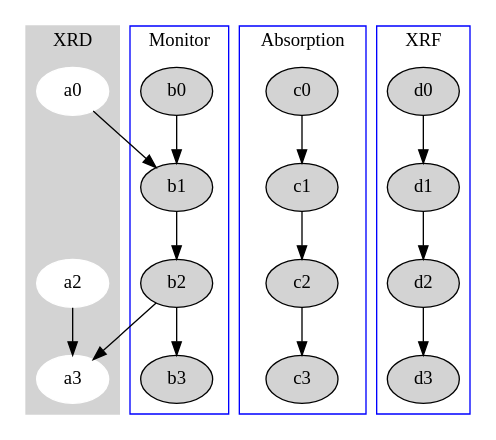
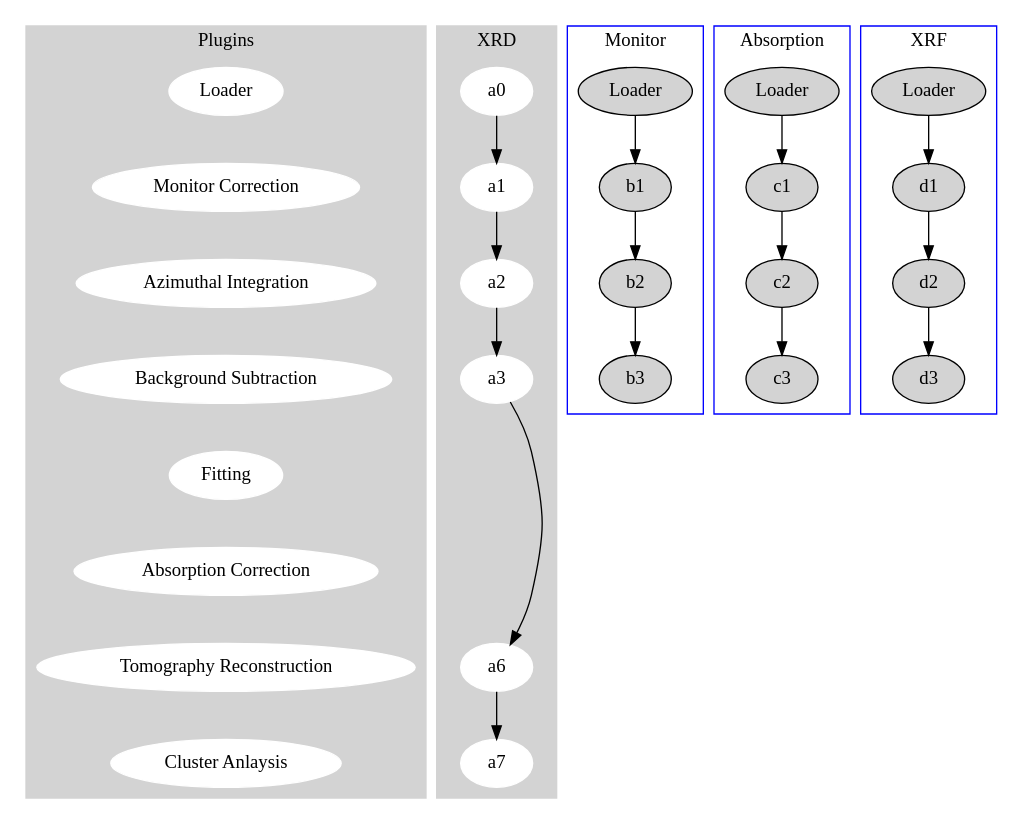
Before and after one commit to markbasham/graphviz_tests: the diagram in test1.dot, drawn with Graphviz.

```diff
--- a/test1.dot
+++ b/test1.dot
@@ -1,41 +1,60 @@
 digraph G {
+
+	subgraph cluster_start {
+		style=filled;
+		color=lightgrey;
+		node [style=filled,color=white];
+                z0 -> z1 -> z2 -> z3 -> z4 -> z5 -> z6 -> z7 [style=invis]         
+		label = "Plugins";
+	}
 
 	subgraph cluster_0 {
 		style=filled;
 		color=lightgrey;
 		node [style=filled,color=white];
-		a0 -> a1 -> a2 [style=invis]
-                a2 -> a3
-                a1 [style=invis];
-                
+                a0 -> a1 -> a2 -> a3
+		a3 -> a4 -> a5 -> a6 [style=invis]
+                a6 -> a7
+                a4 [style=invis];
+                a5 [style=invis];
+                a3 -> a6                
 		label = "XRD";
 	}
 
 	subgraph cluster_1 {
 		node [style=filled];
 		b0 -> b1 -> b2 -> b3;
 		label = "Monitor";
 		color=blue
 	}
 
 	subgraph cluster_2 {
 		node [style=filled];
 		c0 -> c1 -> c2 -> c3;
 		label = "Absorption";
 		color=blue
 	}
 
 	subgraph cluster_3 {
 		node [style=filled];
 		d0 -> d1 -> d2 -> d3;
 		label = "XRF";
 		color=blue
 	}
 
-        a1 [style=invis];
+        z0 [label="Loader"]
+        z1 [label="Monitor Correction"]
+        z2 [label="Azimuthal Integration"]
+        z3 [label="Background Subtraction"]
+        z4 [label="Fitting"]
+        z5 [label="Absorption Correction"]
+        z6 [label="Tomography Reconstruction"]
+        z7 [label="Cluster Anlaysis"]
 
-	a0 -> b1;
-	b2 -> a3;
+        b0 [label="Loader"]
+        c0 [label="Loader"]
+        d0 [label="Loader"]
+
       
 
 }
```
